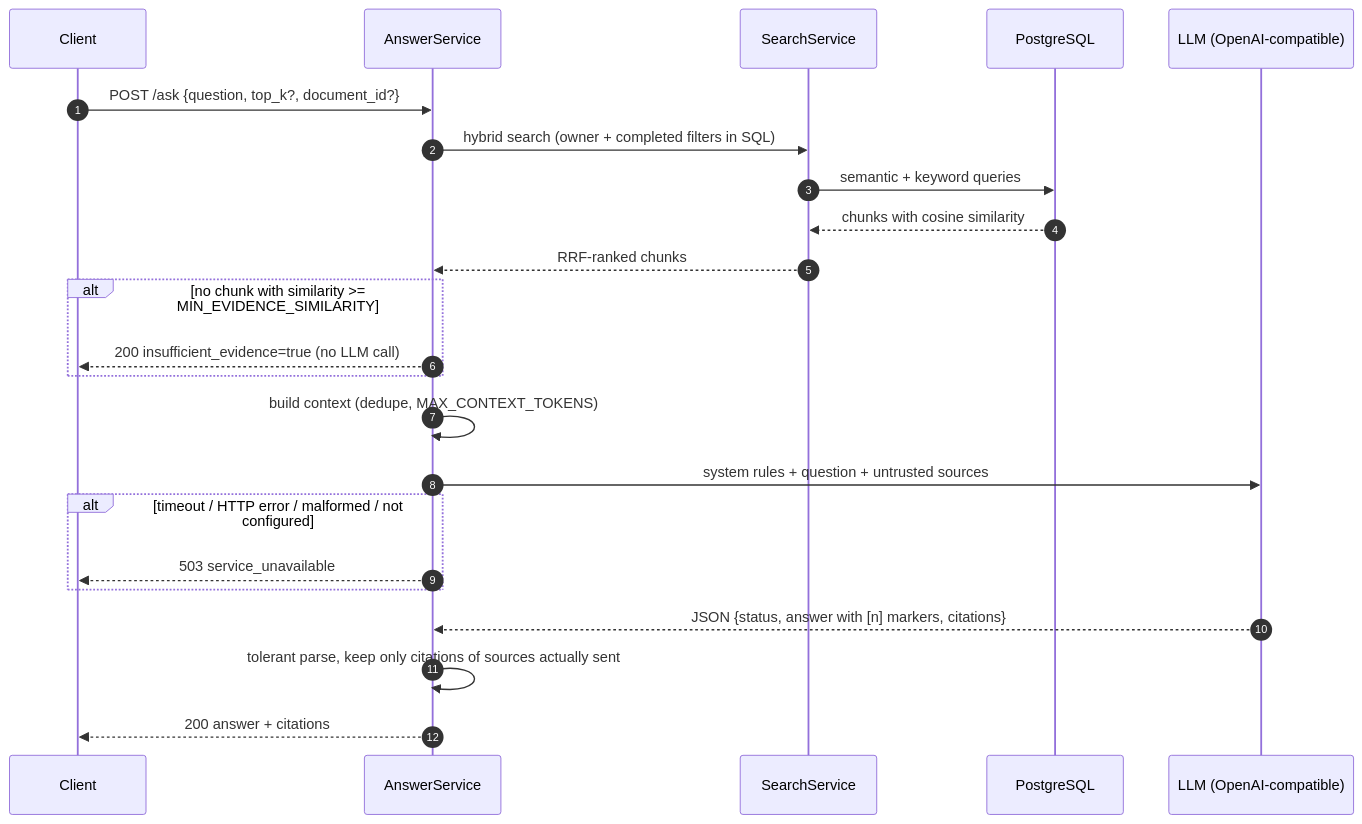
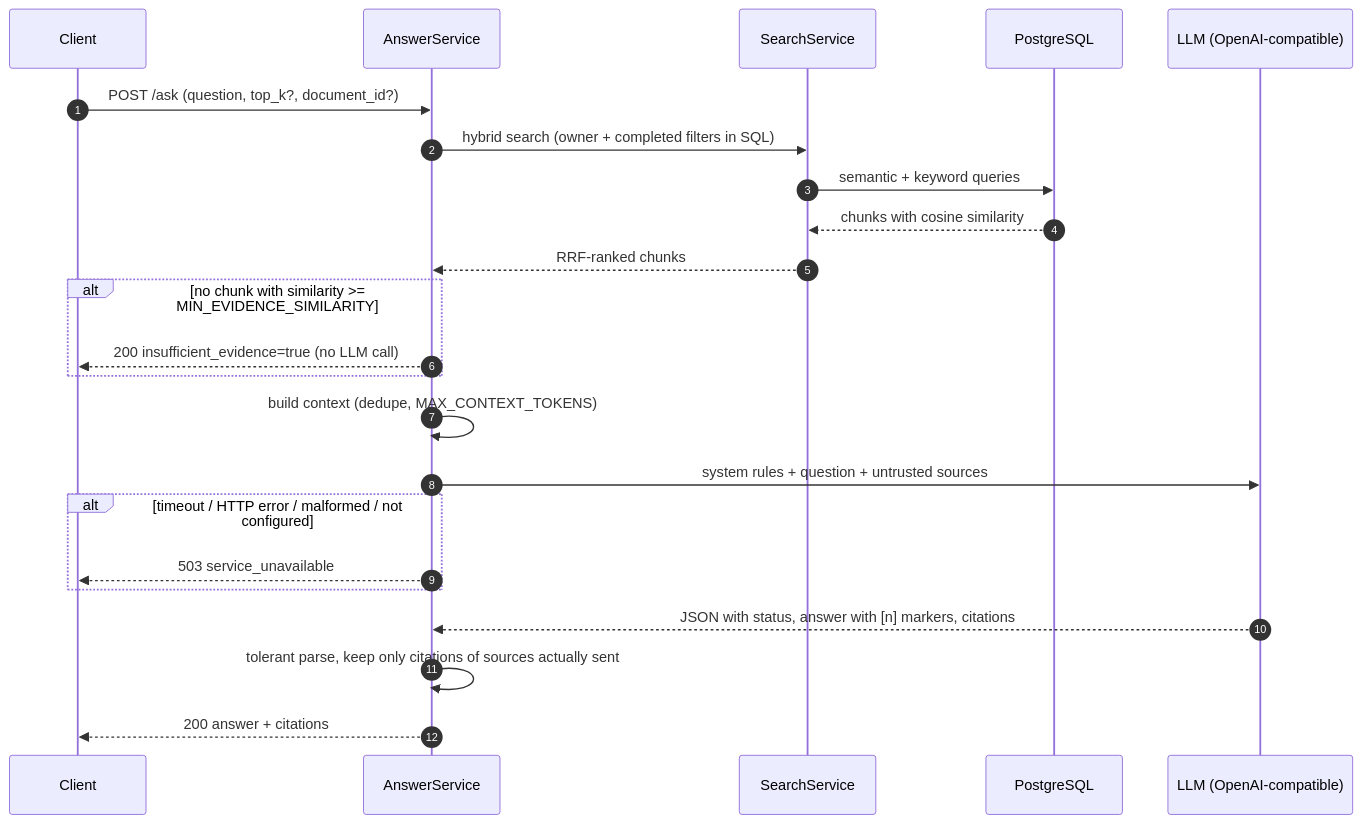
Before and after one commit to shahil5z/document-intelligence-analysis: the diagram in docs/rag.md, drawn with Mermaid. The commit also changed other lines of this file and 13 other files, not shown here.

Commit message:
Fix Mermaid diagrams that GitHub could not parse and refresh stale docs

````diff
--- a/docs/rag.md
+++ b/docs/rag.md
@@ -8,25 +8,25 @@
 ```mermaid
 sequenceDiagram
     autonumber
     participant C as Client
     participant A as AnswerService
     participant S as SearchService
     participant D as PostgreSQL
     participant L as LLM (OpenAI-compatible)
-    C->>A: POST /ask {question, top_k?, document_id?}
+    C->>A: POST /ask (question, top_k?, document_id?)
     A->>S: hybrid search (owner + completed filters in SQL)
     S->>D: semantic + keyword queries
     D-->>S: chunks with cosine similarity
     S-->>A: RRF-ranked chunks
     alt no chunk with similarity >= MIN_EVIDENCE_SIMILARITY
         A-->>C: 200 insufficient_evidence=true (no LLM call)
     end
     A->>A: build context (dedupe, MAX_CONTEXT_TOKENS)
     A->>L: system rules + question + untrusted sources
     alt timeout / HTTP error / malformed / not configured
         A-->>C: 503 service_unavailable
     end
-    L-->>A: JSON {status, answer with [n] markers, citations}
+    L-->>A: JSON with status, answer with [n] markers, citations
     A->>A: tolerant parse, keep only citations of sources actually sent
     A-->>C: 200 answer + citations
 ```
````
